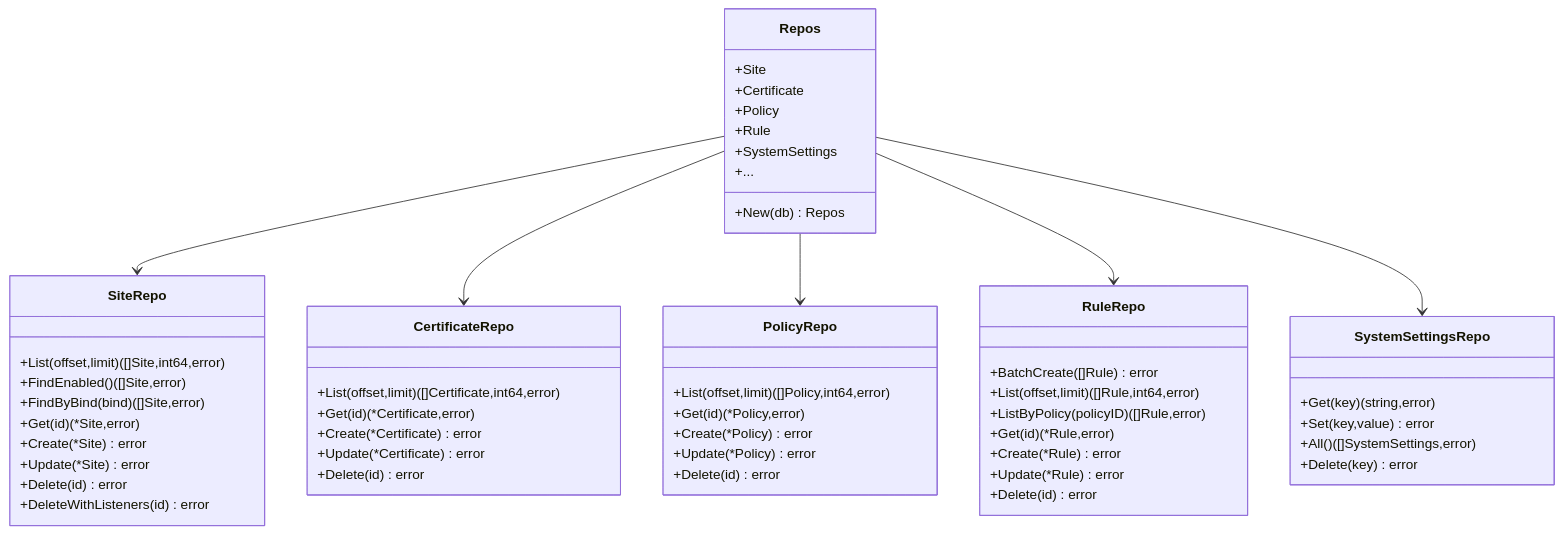
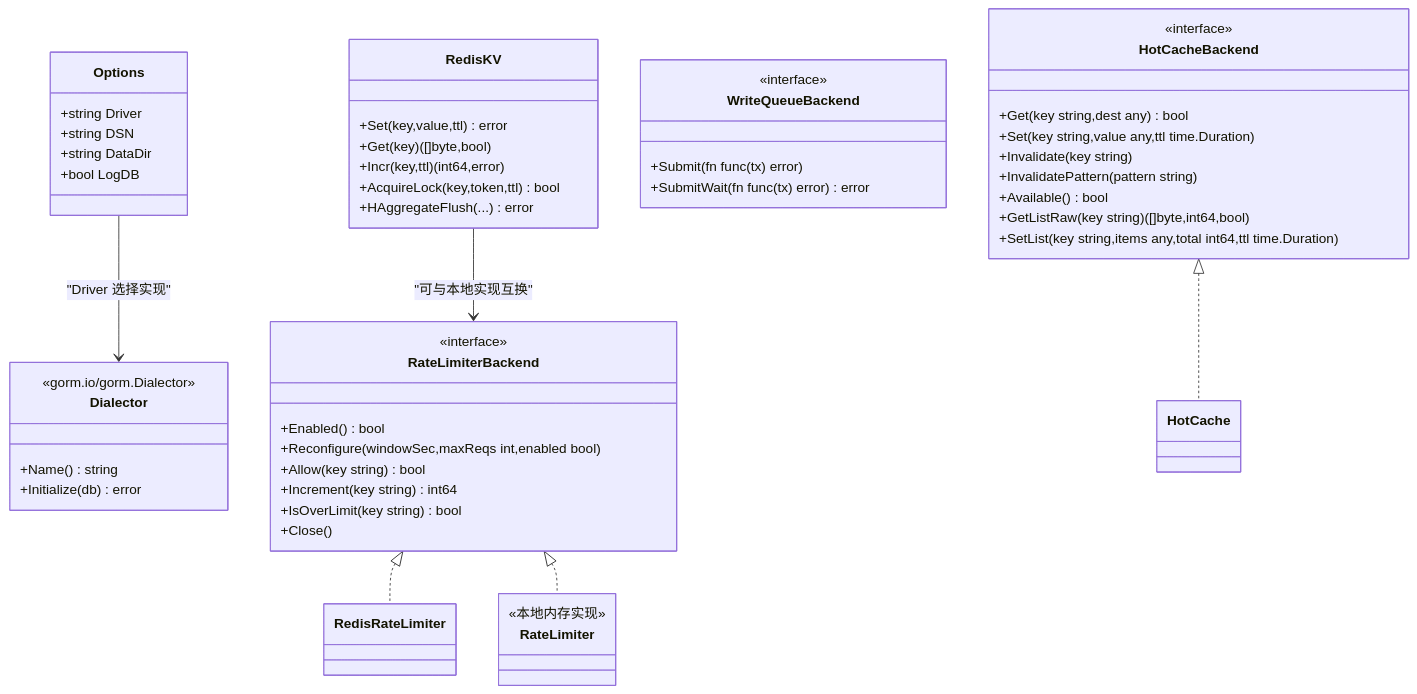
Before and after one commit to x01n/My-OpenWaf: the second of 6 diagrams in docs/扩展与插件系统/存储后端扩展/存储后端扩展.md, drawn with Mermaid. The commit also changed other lines of this file and 622 other files, not shown here.

````diff
--- a/docs/扩展与插件系统/存储后端扩展/存储后端扩展.md
+++ b/docs/扩展与插件系统/存储后端扩展/存储后端扩展.md
@@ -222,56 +112,54 @@
 ```mermaid
 classDiagram
-class Repos {
-+Site
-+Certificate
-+Policy
-+Rule
-+SystemSettings
-+...
-+New(db) Repos
+class Options {
++string Driver
++string DSN
++string DataDir
++bool LogDB
 }
-class SiteRepo {
-+List(offset,limit) ([]Site,int64,error)
-+FindEnabled() ([]Site,error)
-+FindByBind(bind) ([]Site,error)
-+Get(id) (*Site,error)
-+Create(*Site) error
-+Update(*Site) error
-+Delete(id) error
-+DeleteWithListeners(id) error
+class Dialector {
+<<gorm.io/gorm.Dialector>>
++Name() string
++Initialize(db) error
 }
-class CertificateRepo {
-+List(offset,limit) ([]Certificate,int64,error)
-+Get(id) (*Certificate,error)
-+Create(*Certificate) error
-+Update(*Certificate) error
-+Delete(id) error
+class RateLimiterBackend {
+<<interface>>
++Enabled() bool
++Reconfigure(windowSec,maxReqs int,enabled bool)
++Allow(key string) bool
++Increment(key string) int64
++IsOverLimit(key string) bool
++Close()
 }
-class PolicyRepo {
-+List(offset,limit) ([]Policy,int64,error)
-+Get(id) (*Policy,error)
-+Create(*Policy) error
-+Update(*Policy) error
-+Delete(id) error
+class HotCacheBackend {
+<<interface>>
++Get(key string,dest any) bool
++Set(key string,value any,ttl time.Duration)
++Invalidate(key string)
++InvalidatePattern(pattern string)
++Available() bool
++GetListRaw(key string) ([]byte,int64,bool)
++SetList(key string,items any,total int64,ttl time.Duration)
 }
-class RuleRepo {
-+BatchCreate([]Rule) error
-+List(offset,limit) ([]Rule,int64,error)
-+ListByPolicy(policyID) ([]Rule,error)
-+Get(id) (*Rule,error)
-+Create(*Rule) error
-+Update(*Rule) error
-+Delete(id) error
+class WriteQueueBackend {
+<<interface>>
++Submit(fn func(tx) error)
++SubmitWait(fn func(tx) error) error
 }
-class SystemSettingsRepo {
-+Get(key) (string,error)
-+Set(key,value) error
-+All() ([]SystemSettings,error)
-+Delete(key) error
+class RedisKV {
++Set(key,value,ttl) error
++Get(key) ([]byte,bool)
++Incr(key,ttl) (int64,error)
++AcquireLock(key,token,ttl) bool
++HAggregateFlush(...) error
 }
-Repos --> SiteRepo
-Repos --> CertificateRepo
-Repos --> PolicyRepo
-Repos --> RuleRepo
-Repos --> SystemSettingsRepo
+class RedisRateLimiter
+class RateLimiter {
+<<本地内存实现>>
+}
+Options --> Dialector : "Driver 选择实现"
+RateLimiterBackend <|.. RedisRateLimiter
+RateLimiterBackend <|.. RateLimiter
+HotCacheBackend <|.. HotCache
+RedisKV --> RateLimiterBackend : "可与本地实现互换"
 ```
````
